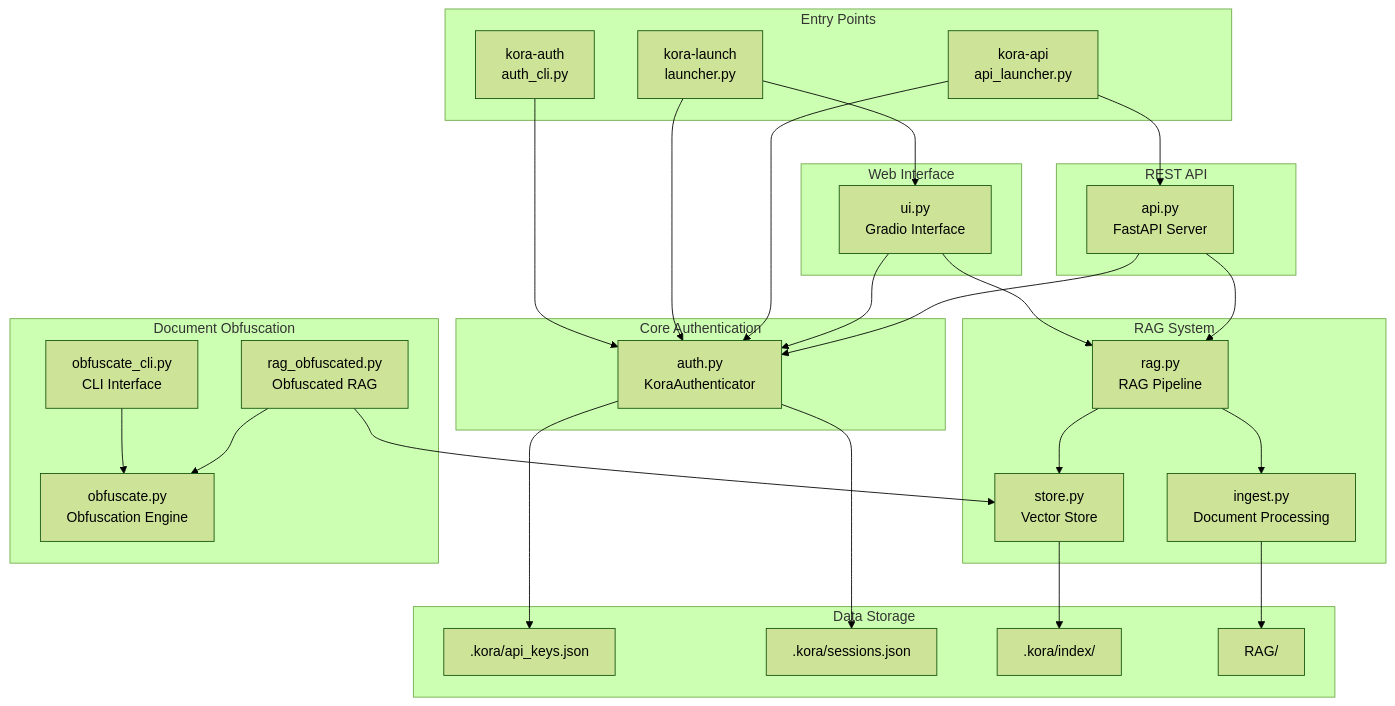
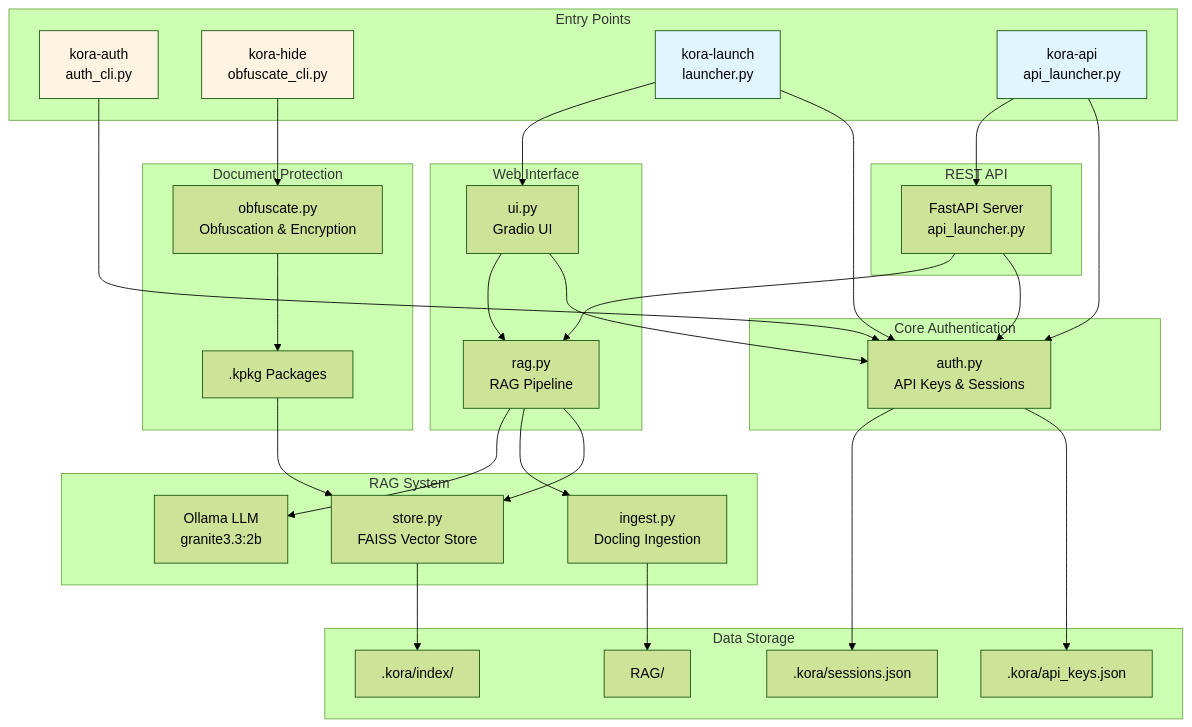
Before and after one commit to Fedele-AI/KORA: the second of 2 diagrams in README.md, drawn with Mermaid (forest theme). The commit also changed other lines of this file, not shown here.

````diff
--- a/README.md
+++ b/README.md
@@ -274,60 +322,64 @@
 ```mermaid
 graph TB
     subgraph "Entry Points"
         CLI[kora-auth<br/>auth_cli.py]
+        HIDE[kora-hide<br/>obfuscate_cli.py]
         WEB[kora-launch<br/>launcher.py]
         API[kora-api<br/>api_launcher.py]
     end
     
     subgraph "Core Authentication"
-        AUTH[auth.py<br/>KoraAuthenticator]
+        AUTH[auth.py<br/>API Keys & Sessions]
         CLI --> AUTH
         WEB --> AUTH
         API --> AUTH
     end
     
     subgraph "Web Interface"
-        UI[ui.py<br/>Gradio Interface]
+        UI[ui.py<br/>Gradio UI]
         WEB --> UI
         UI --> AUTH
+        UI --> RAG
     end
     
     subgraph "REST API"
-        FASTAPI[api.py<br/>FastAPI Server]
+        FASTAPI[FastAPI Server<br/>api_launcher.py]
         API --> FASTAPI
         FASTAPI --> AUTH
+        FASTAPI --> RAG
     end
     
     subgraph "RAG System"
         RAG[rag.py<br/>RAG Pipeline]
-        STORE[store.py<br/>Vector Store]
-        INGEST[ingest.py<br/>Document Processing]
+        STORE[store.py<br/>FAISS Vector Store]
+        INGEST[ingest.py<br/>Docling Ingestion]
         
-        UI --> RAG
-        FASTAPI --> RAG
         RAG --> STORE
         RAG --> INGEST
+        RAG --> LLM[Ollama LLM<br/>granite3.3:2b]
     end
     
-    subgraph "Document Obfuscation"
-        OBF[obfuscate.py<br/>Obfuscation Engine]
-        OBFCLI[obfuscate_cli.py<br/>CLI Interface]
-        RAGOBF[rag_obfuscated.py<br/>Obfuscated RAG]
-        
-        OBFCLI --> OBF
-        RAGOBF --> OBF
-        RAGOBF --> STORE
+    subgraph "Document Protection"
+        OBF[obfuscate.py<br/>Obfuscation & Encryption]
+        HIDE --> OBF
+        OBF --> KPKG[.kpkg Packages]
+        KPKG --> STORE
     end
     
     subgraph "Data Storage"
         APIKEYS[.kora/api_keys.json]
         SESSIONS[.kora/sessions.json]
         INDEX[.kora/index/]
         DOCS[RAG/]
         
         AUTH --> APIKEYS
         AUTH --> SESSIONS
         STORE --> INDEX
         INGEST --> DOCS
     end
+    
+    style WEB fill:#e1f5ff
+    style API fill:#e1f5ff
+    style CLI fill:#fff4e1
+    style HIDE fill:#fff4e1
 ```
````
